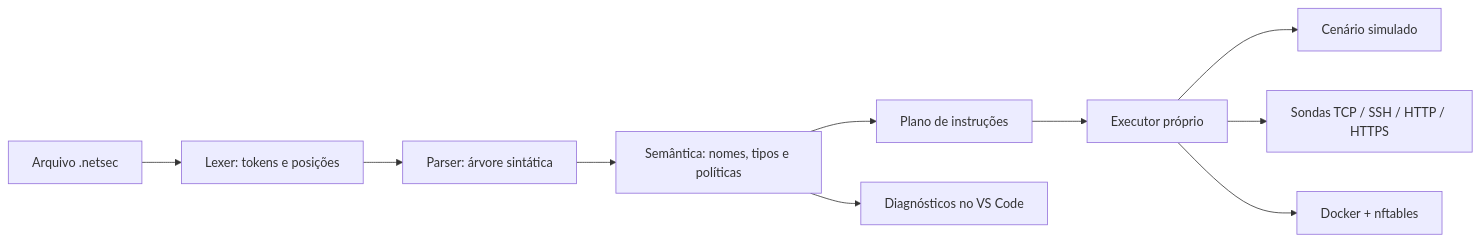
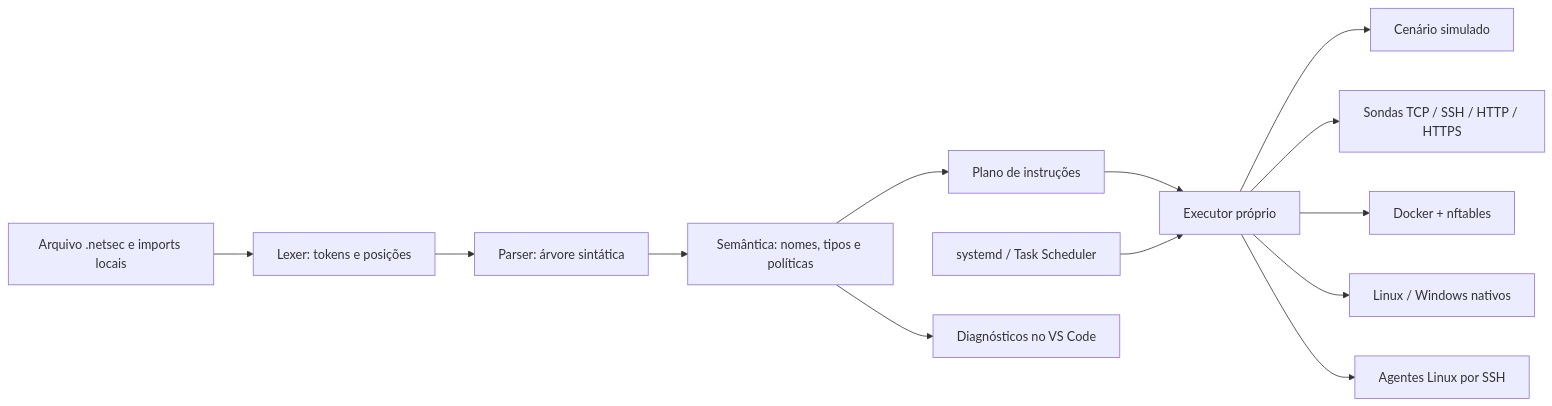
One commit to Mathwesm/NetSec changed the diagram in docs/arquitetura.md. Above: the diagram before and after it, drawn with Mermaid. The commit also changed other lines of this file and 12 other files, not shown here.

````diff
--- a/docs/arquitetura.md
+++ b/docs/arquitetura.md
@@ -3,12 +3,15 @@
 ```mermaid
 flowchart LR
-    A[Arquivo .netsec] --> B[Lexer: tokens e posições]
+    A[Arquivo .netsec e imports locais] --> B[Lexer: tokens e posições]
     B --> C[Parser: árvore sintática]
     C --> D[Semântica: nomes, tipos e políticas]
     D --> E[Plano de instruções]
     E --> F[Executor próprio]
     F --> G[Cenário simulado]
     F --> H[Sondas TCP / SSH / HTTP / HTTPS]
     F --> I[Docker + nftables]
+    F --> K[Linux / Windows nativos]
+    F --> L[Agentes Linux por SSH]
+    M[systemd / Task Scheduler] --> F
     D --> J[Diagnósticos no VS Code]
 ```
````
